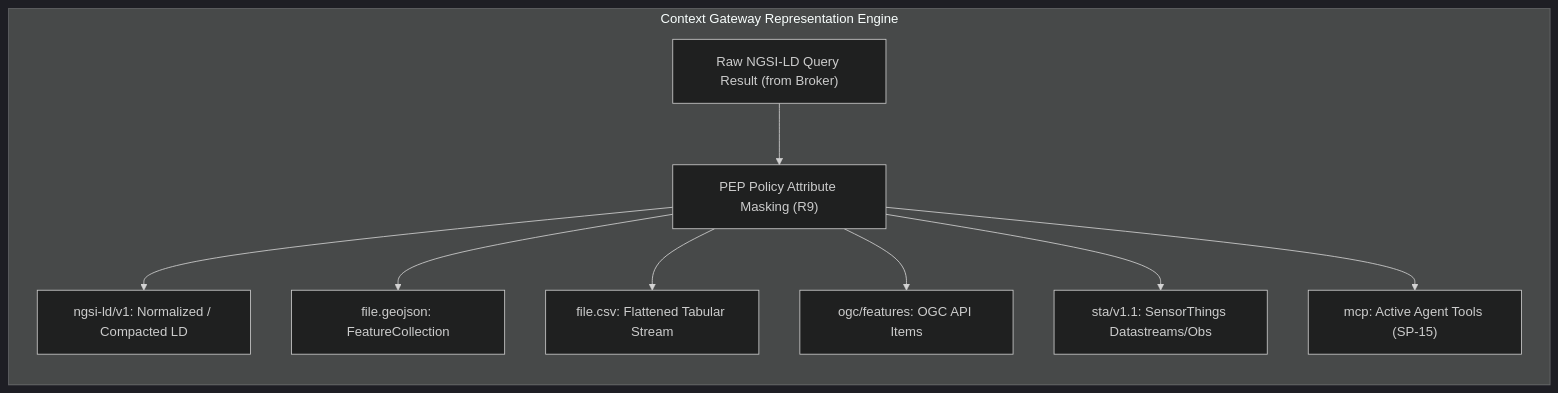
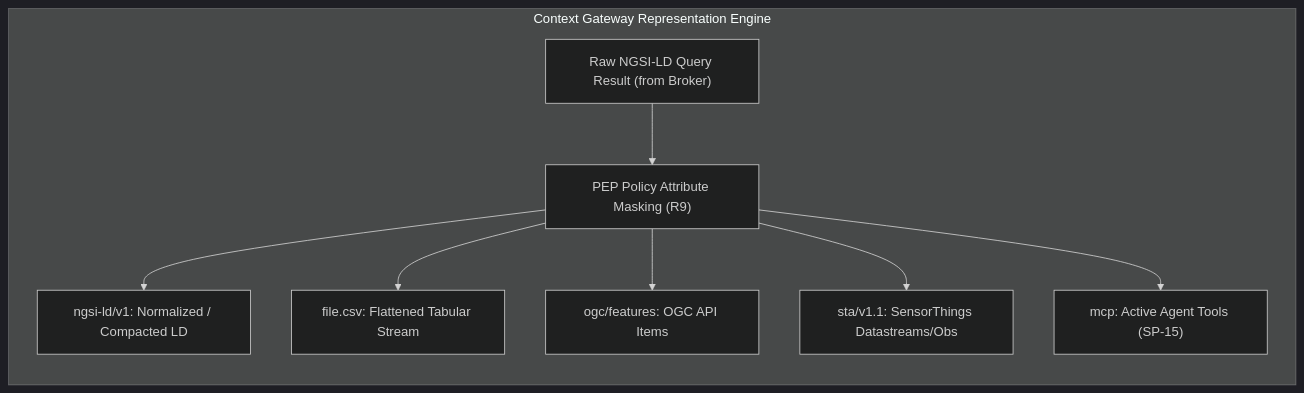
Before and after one commit to marek-mraz-jc/joinedcontext-docs: the second of 4 diagrams in Architecture/04-context-spaces-and-endpoints.md, drawn with Mermaid (dark theme). The commit also changed other lines of this file and 11 other files, not shown here.

````diff
--- a/Architecture/04-context-spaces-and-endpoints.md
+++ b/Architecture/04-context-spaces-and-endpoints.md
@@ -403,22 +401,20 @@
 ```mermaid
 flowchart LR
     subgraph Engine["Context Gateway Representation Engine"]
         RAW["Raw NGSI-LD Query Result (from Broker)"]
         PROJ["PEP Policy Attribute Masking (R9)"]
         
         T_NGSI["ngsi-ld/v1: Normalized / Compacted LD"]
-        T_GEO["file.geojson: FeatureCollection"]
         T_CSV["file.csv: Flattened Tabular Stream"]
         T_OGC["ogc/features: OGC API Items"]
         T_STA["sta/v1.1: SensorThings Datastreams/Obs"]
         T_MCP["mcp: Active Agent Tools (SP-15)"]
     end
 
     RAW --> PROJ
     PROJ --> T_NGSI
-    PROJ --> T_GEO
     PROJ --> T_CSV
     PROJ --> T_OGC
     PROJ --> T_STA
     PROJ --> T_MCP
 ```
````
